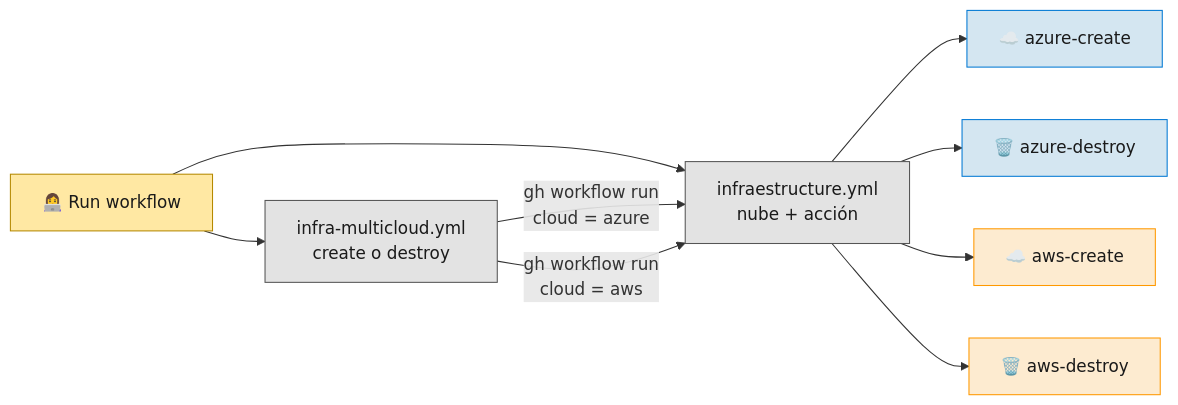
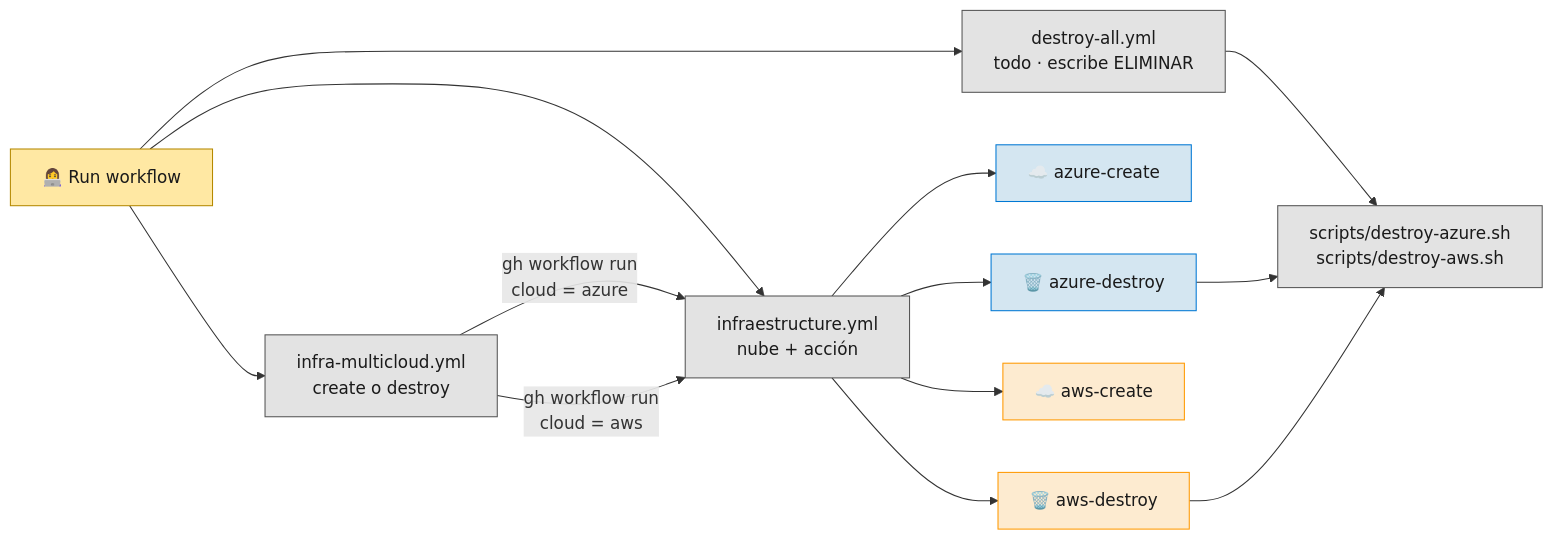
The first of 4 diagrams in doc/06-Infraestructura.md (yembertQC/Reto_Platform-Enginner_ED-Team), drawn with Mermaid before and after one commit. The commit also changed other lines of this file and 9 other files, not shown here.

````diff
--- a/doc/06-Infraestructura.md
+++ b/doc/06-Infraestructura.md
@@ -14,22 +15,26 @@
 ```mermaid
 flowchart LR
     YOU["👩‍💻 Run workflow"]
     YOU --> MC["infra-multicloud.yml<br/>create o destroy"]
     YOU --> ONE["infraestructure.yml<br/>nube + acción"]
+    YOU --> DA["destroy-all.yml<br/>todo · escribe ELIMINAR"]
     MC -->|"gh workflow run<br/>cloud = azure"| ONE
     MC -->|"gh workflow run<br/>cloud = aws"| ONE
 
     ONE --> AZC["☁️ azure-create"]
     ONE --> AZD["🗑️ azure-destroy"]
     ONE --> AWC["☁️ aws-create"]
     ONE --> AWD["🗑️ aws-destroy"]
+    DA --> SC["scripts/destroy-azure.sh<br/>scripts/destroy-aws.sh"]
+    AZD --> SC
+    AWD --> SC
 
     classDef you fill:#FFE8A3,stroke:#B58900,color:#1a1a1a
     classDef wf fill:#E3E3E3,stroke:#555,color:#1a1a1a
     classDef azure fill:#D4E6F1,stroke:#0078D4,color:#1a1a1a
     classDef aws fill:#FDEBD0,stroke:#FF9900,color:#1a1a1a
     class YOU you
-    class MC,ONE wf
+    class MC,ONE,DA,SC wf
     class AZC,AZD azure
     class AWC,AWD aws
 ```
````
